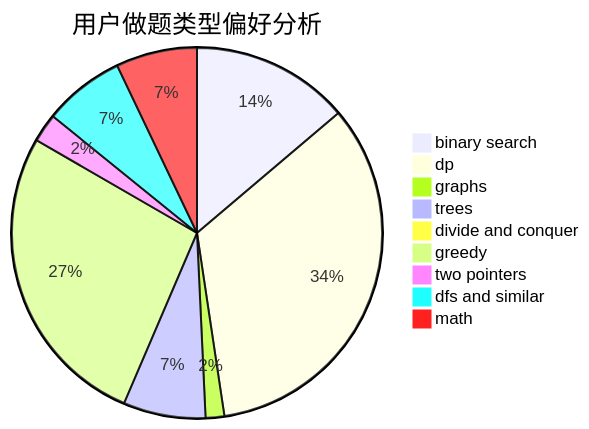
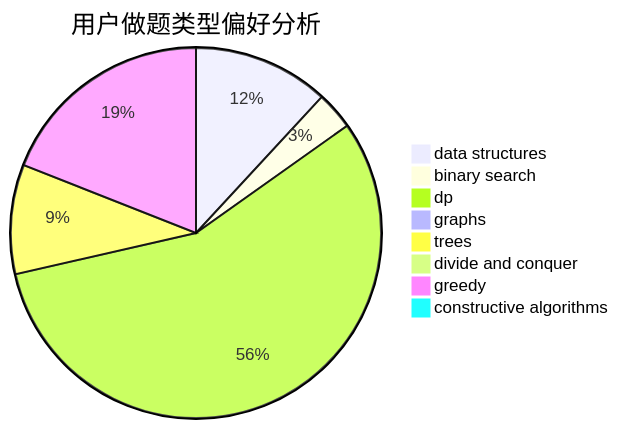
One commit to sherpahu/cfrs.github.io changed the second of 3 diagrams in docs/user/u2420.md. Above: the diagram before and after it, drawn with Mermaid. The commit also changed other lines of this file and 2775 other files, not shown here.

````diff
--- a/docs/user/u2420.md
+++ b/docs/user/u2420.md
@@ -23,12 +23,11 @@
 ```mermaid
 pie title 用户做题类型偏好分析
-    "binary search" :  271
-    "dp" :  664
-    "graphs" :  32
-    "trees" :  141
-    "divide and conquer" :  4
-    "greedy" :  528
-    "two pointers" :  49
-    "dfs and similar" :  139
-    "math" :  139
+    "data structures" :  133
+    "binary search" :  37
+    "dp" :  630
+    "graphs" :  5
+    "trees" :  107
+    "divide and conquer" :  0
+    "greedy" :  213
+    "constructive algorithms" :  10
 ```
````
